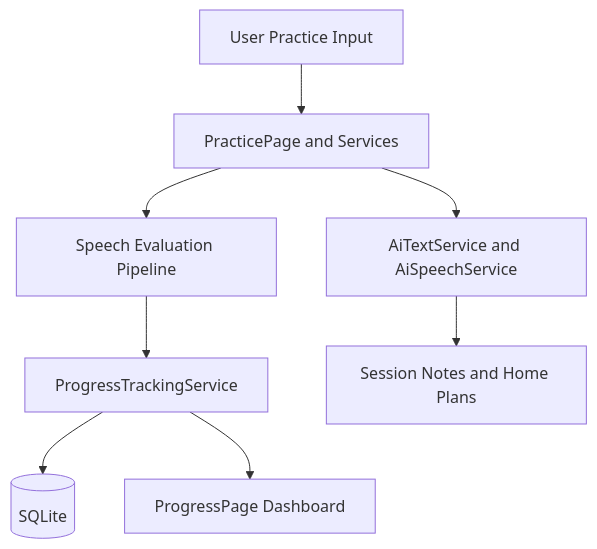
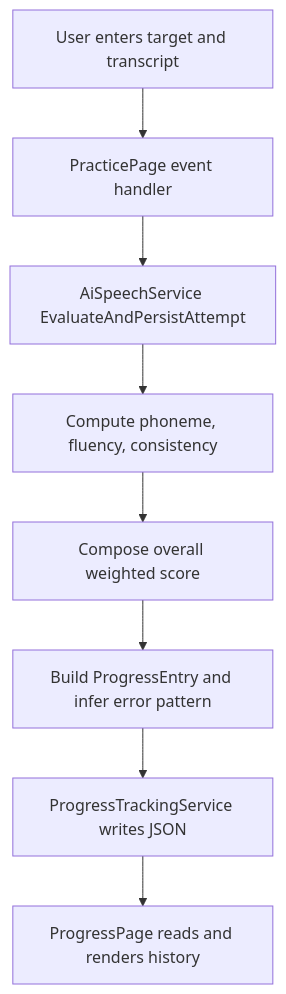
One commit to hkevin01/SpeechBuddyAI changed the first of 5 diagrams in README.md. Above: the diagram before and after it, drawn with Mermaid. The commit also changed other lines of this file and 10 other files, not shown here.

First line of the commit message:
Implement progress tracking and scoring features

````diff
--- a/README.md
+++ b/README.md
@@ -79,10 +87,10 @@
 ```mermaid
 flowchart TD
-   A[User Practice Input] --> B[PracticePage and Services]
-   B --> C[Speech Evaluation Pipeline]
-   C --> D[ProgressTrackingService]
-   D --> E[(SQLite)]
-   D --> F[ProgressPage Dashboard]
-   B --> G[AiTextService and AiSpeechService]
-   G --> H[Session Notes and Home Plans]
+    A[User enters target and transcript] --> B[PracticePage event handler]
+    B --> C[AiSpeechService EvaluateAndPersistAttempt]
+    C --> D[Compute phoneme, fluency, consistency]
+    D --> E[Compose overall weighted score]
+    E --> F[Build ProgressEntry and infer error pattern]
+    F --> G[ProgressTrackingService writes JSON]
+    G --> H[ProgressPage reads and renders history]
 ```
````
